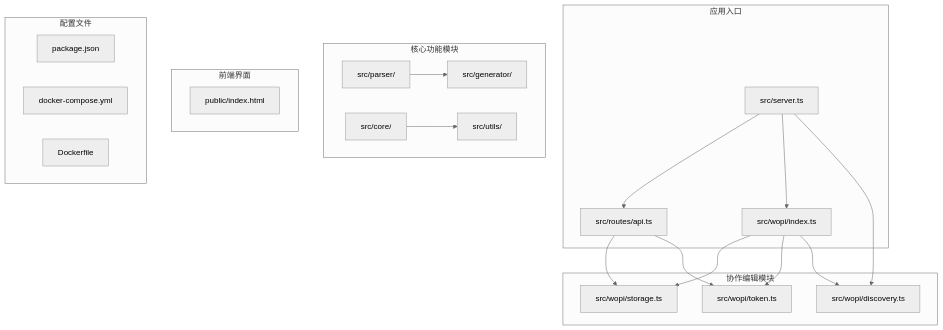
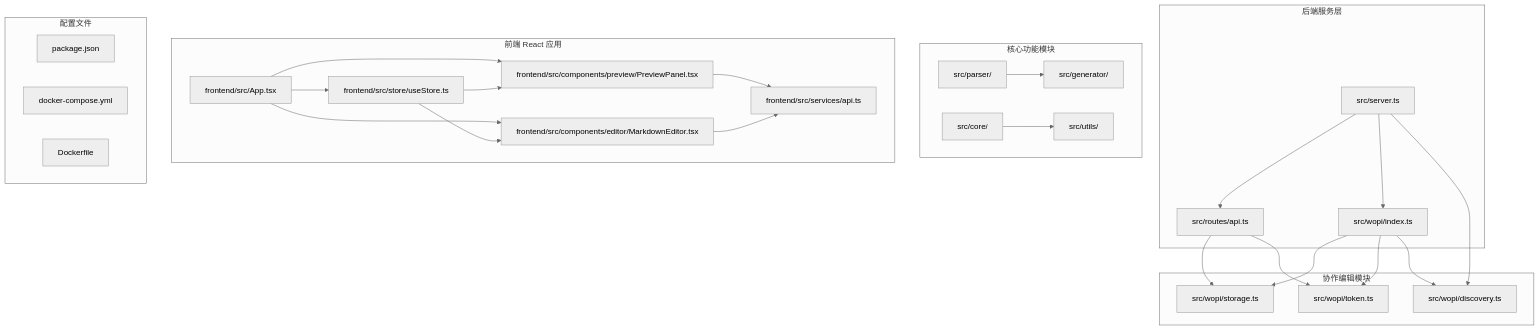
The first of 9 diagrams in .lingma/repowiki/zh/content/架构设计/Collabora Online 集成.md (wanwushelie/markdown-to-word-studio), drawn with Mermaid (neutral theme) before and after one commit. The commit also changed other lines of this file and 21 other files, not shown here.

````diff
--- a/.lingma/repowiki/zh/content/架构设计/Collabora Online 集成.md
+++ b/.lingma/repowiki/zh/content/架构设计/Collabora Online 集成.md
@@ -57,30 +67,41 @@
 ```mermaid
 graph TB
-subgraph "应用入口"
+subgraph "后端服务层"
 A[src/server.ts] --> B[src/routes/api.ts]
 A --> C[src/wopi/index.ts]
 end
 subgraph "核心功能模块"
 D[src/parser/] --> E[src/generator/]
 F[src/core/] --> G[src/utils/]
 end
 subgraph "协作编辑模块"
 H[src/wopi/discovery.ts]
 I[src/wopi/storage.ts]
 J[src/wopi/token.ts]
 end
-subgraph "前端界面"
-K[public/index.html]
+subgraph "前端 React 应用"
+K[frontend/src/App.tsx]
+L[frontend/src/components/preview/PreviewPanel.tsx]
+M[frontend/src/components/editor/MarkdownEditor.tsx]
+N[frontend/src/services/api.ts]
+O[frontend/src/store/useStore.ts]
 end
 subgraph "配置文件"
-L[package.json]
-M[docker-compose.yml]
-N[Dockerfile]
+P[package.json]
+Q[docker-compose.yml]
+R[Dockerfile]
 end
 A --> H
 B --> I
 B --> J
 C --> I
 C --> J
 C --> H
+K --> L
+K --> M
+K --> O
+L --> N
+M --> N
+O --> L
+O --> M
 ```
````
